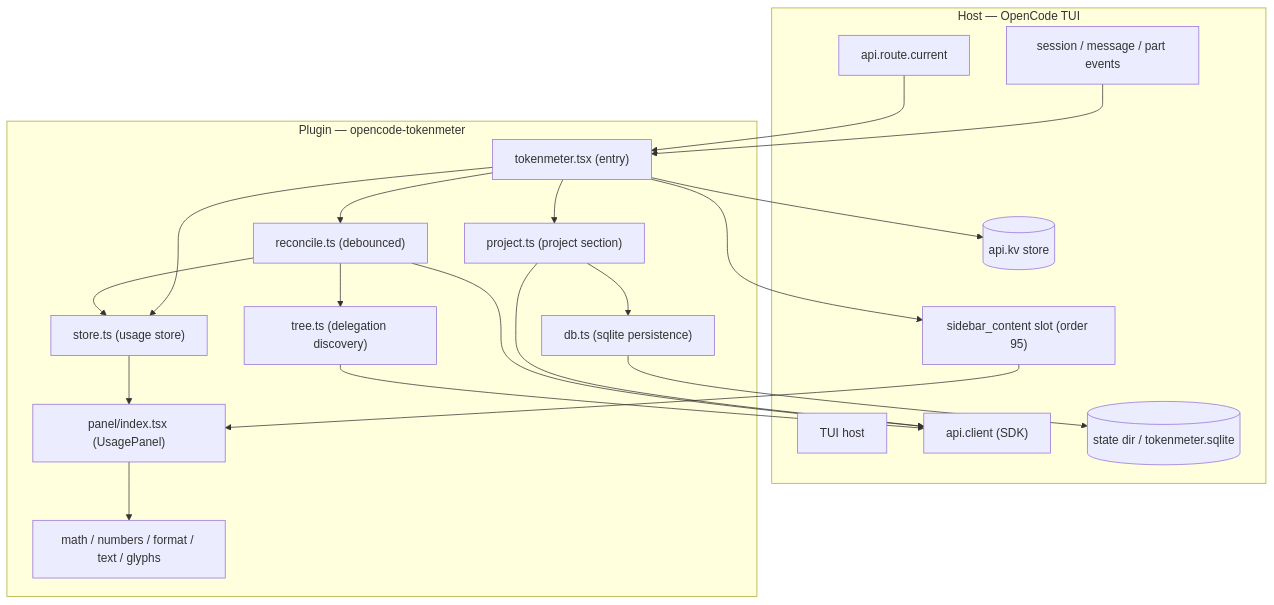
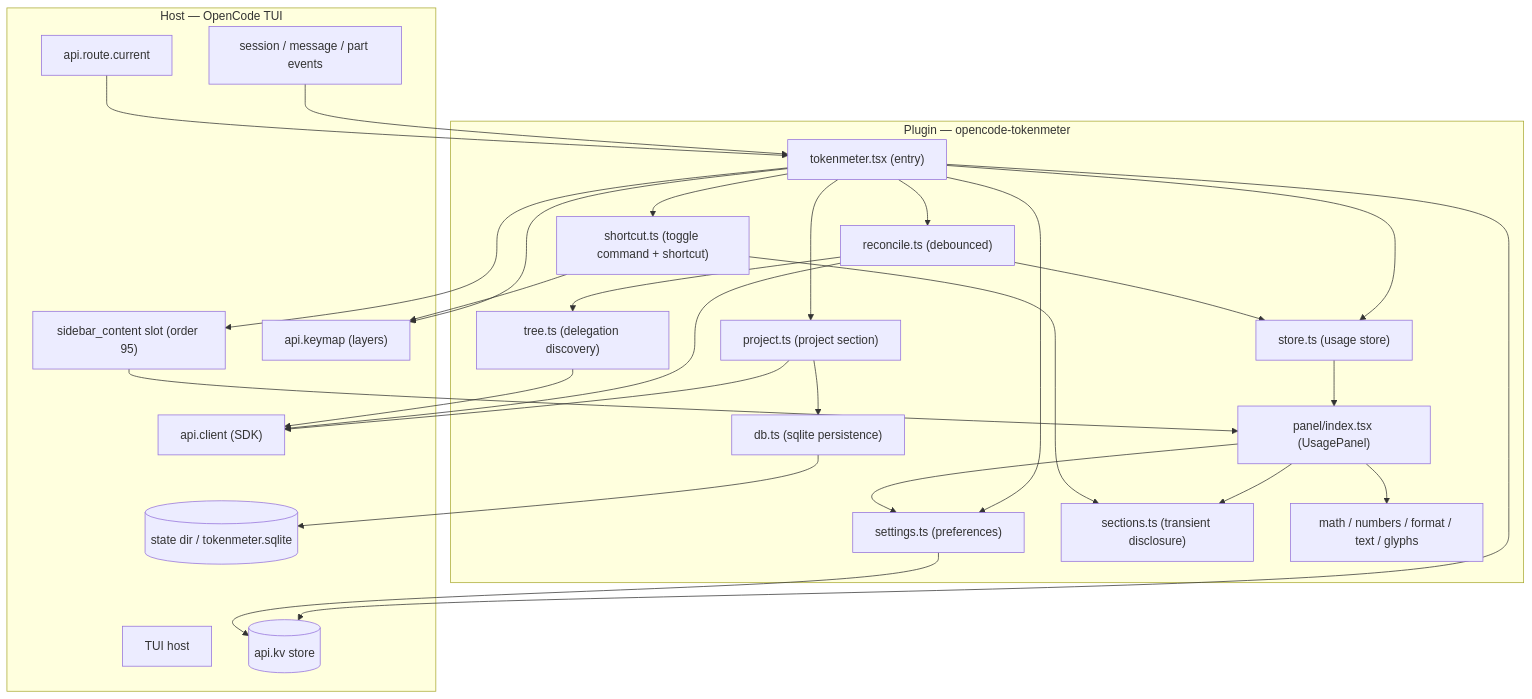
The first of 3 diagrams in ARCHITECTURE.md (jonasotoaguilar/opencode-tokenmeter), drawn with Mermaid before and after one commit. The commit also changed other lines of this file and 50 other files, not shown here.

First line of the commit message:
feat: progressive disclosure panel, palette settings command and configurable toggle shortcut (#21)

````diff
--- a/ARCHITECTURE.md
+++ b/ARCHITECTURE.md
@@ -23,41 +23,53 @@
 ```mermaid
 graph TD
     subgraph "Host — OpenCode TUI"
         Host["TUI host"]
         Events["session / message / part events"]
         Route["api.route.current"]
         Client["api.client (SDK)"]
         Kv[("api.kv store")]
         State[("state dir / tokenmeter.sqlite")]
         Slot["sidebar_content slot (order 95)"]
+        Keymap["api.keymap (layers)"]
     end
 
     subgraph "Plugin — opencode-tokenmeter"
         Entry["tokenmeter.tsx (entry)"]
         Store["store.ts (usage store)"]
         Reconcile["reconcile.ts (debounced)"]
         Tree["tree.ts (delegation discovery)"]
         Project["project.ts (project section)"]
         Db["db.ts (sqlite persistence)"]
+        Settings["settings.ts (preferences)"]
+        Sections["sections.ts (transient disclosure)"]
+        Shortcut["shortcut.ts (toggle command + shortcut)"]
         Panel["panel/index.tsx (UsagePanel)"]
         MathFmt["math / numbers / format / text / glyphs"]
     end
 
     Events --> Entry
     Route --> Entry
     Entry --> Store
     Entry --> Reconcile
     Entry --> Project
+    Entry --> Settings
+    Entry --> Shortcut
+    Entry --> Keymap
     Project --> Db
     Reconcile --> Tree
     Reconcile --> Store
     Project --> Client
     Reconcile --> Client
     Tree --> Client
     Store --> Panel
     Db --> State
     Entry --> Kv
     Entry --> Slot
     Slot --> Panel
     Panel --> MathFmt
+    Panel --> Settings
+    Panel --> Sections
+    Shortcut --> Keymap
+    Shortcut --> Sections
+    Settings --> Kv
 ```
````
